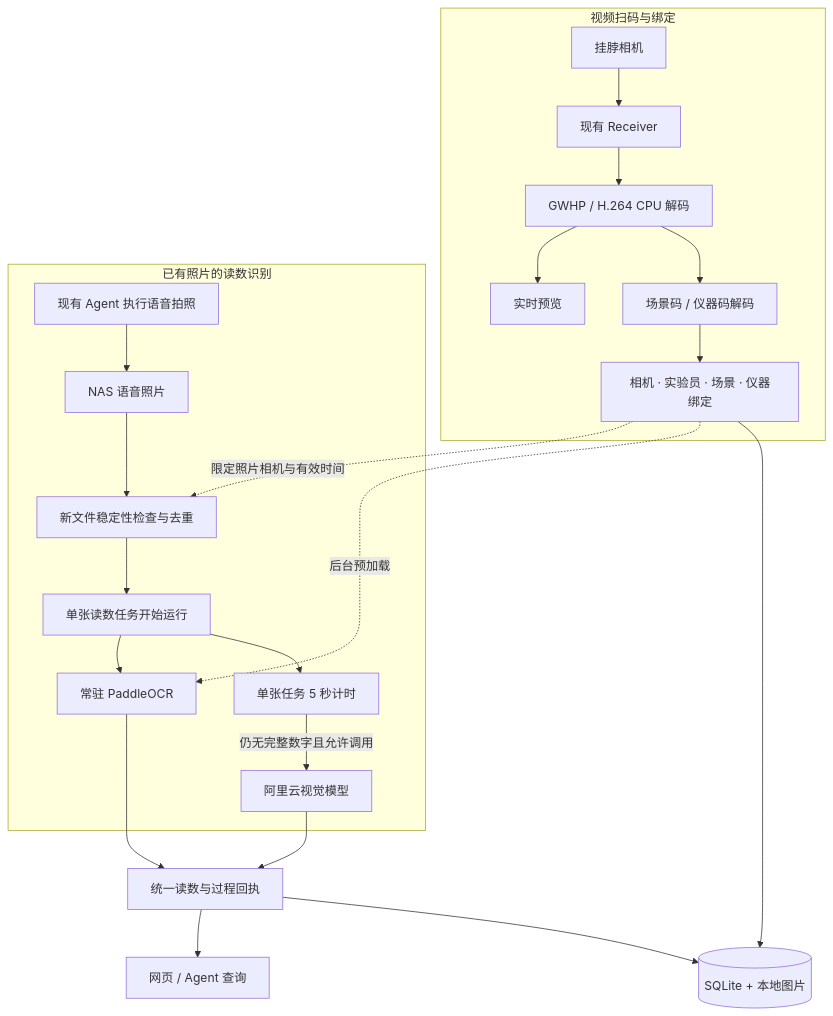
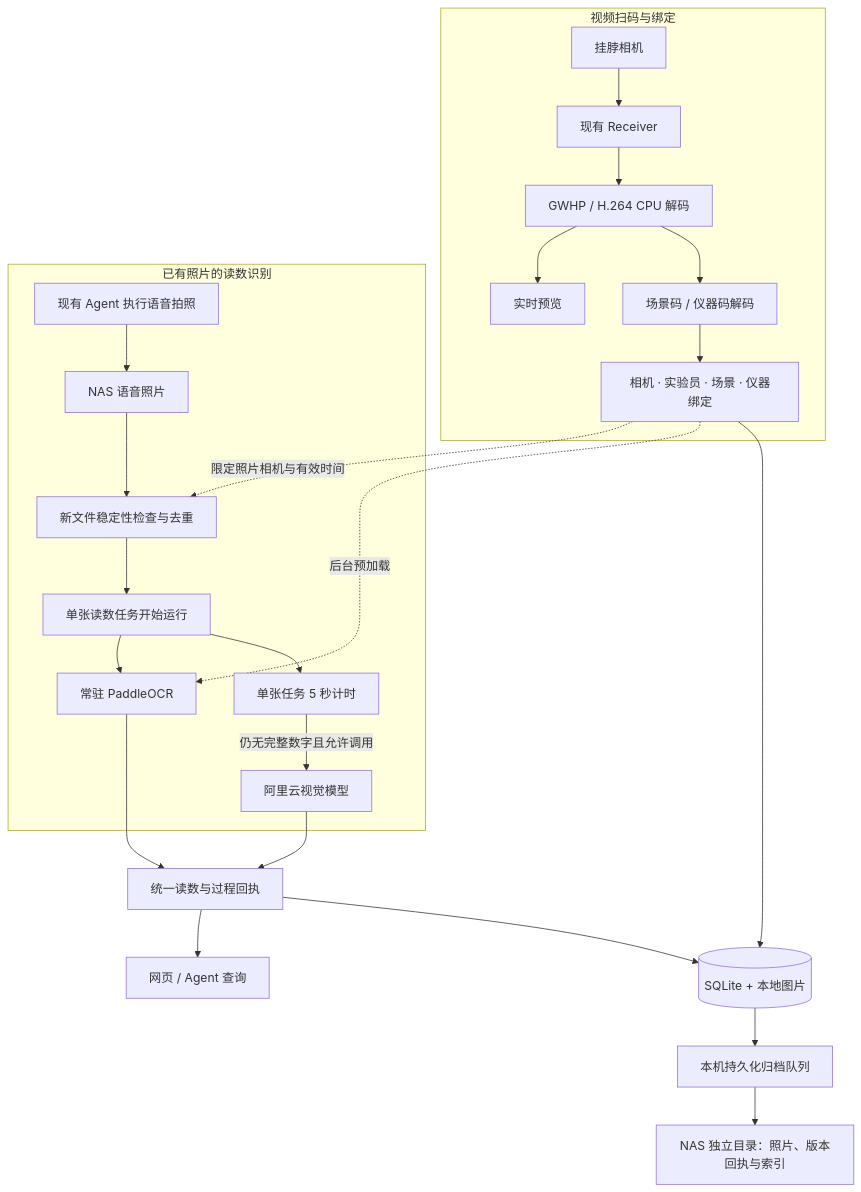
The diagram in README.md (kealan-Jun/FieldRecognition), drawn with Mermaid before and after one commit. The commit also changed other lines of this file and 13 other files, not shown here.

Commit message:
Archive local recognition evidence to NAS with durable retries

````diff
--- a/README.md
+++ b/README.md
@@ -122,27 +127,29 @@
 ```mermaid
 flowchart TB
     subgraph Identity[视频扫码与绑定]
         Camera[挂脖相机] --> Receiver[现有 Receiver]
         Receiver --> Decode[GWHP / H.264 CPU 解码]
         Decode --> Preview[实时预览]
         Decode --> QR[场景码 / 仪器码解码]
         QR --> Binding[相机 · 实验员 · 场景 · 仪器绑定]
     end
 
     subgraph Reading[已有照片的读数识别]
         Agent[现有 Agent 执行语音拍照] --> NAS[NAS 语音照片]
         NAS --> Watch[新文件稳定性检查与去重]
         Watch --> Job[单张读数任务开始运行]
         Job --> OCR[常驻 PaddleOCR]
         Job --> Timer[单张任务 5 秒计时]
         Timer -->|仍无完整数字且允许调用| Cloud[阿里云视觉模型]
     end
 
     Binding -.->|限定照片相机与有效时间| Watch
     Binding -.->|后台预加载| OCR
     OCR --> Result[统一读数与过程回执]
     Cloud --> Result
     Result --> UI[网页 / Agent 查询]
     Binding --> Store[(SQLite + 本地图片)]
     Result --> Store
+    Store --> Outbox[本机持久化归档队列]
+    Outbox --> Archive[NAS 独立目录：照片、版本回执与索引]
 ```
````
